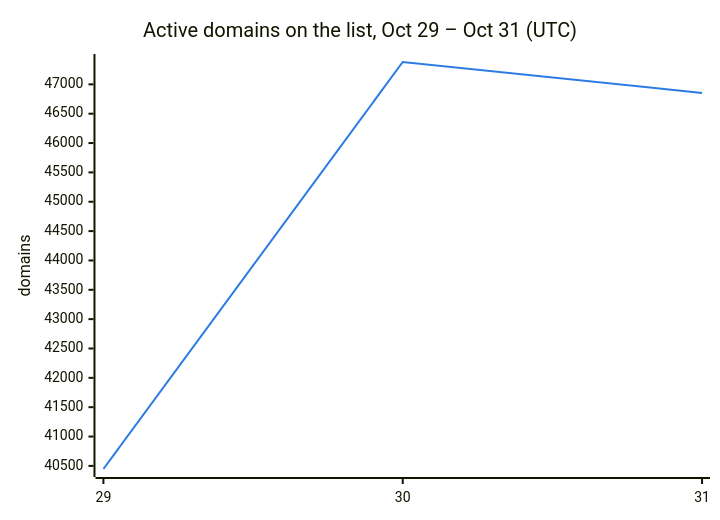
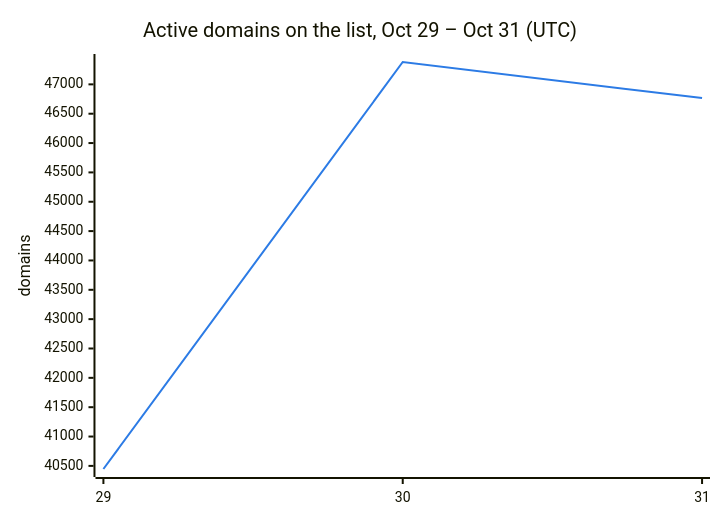
The second of 3 diagrams in README.md (DNSBunker/CTI), drawn with Mermaid before and after one commit. The commit also changed other lines of this file and 3 other files, not shown here.

````diff
--- a/README.md
+++ b/README.md
@@ -38,8 +38,8 @@
 ```mermaid
 %%{init: {"themeVariables": {"xyChart": {"plotColorPalette": "#2c7be5"}}}}%%
 xychart-beta
     title "Active domains on the list, Oct 29 – Oct 31 (UTC)"
     x-axis ["29", "30", "31"]
     y-axis "domains"
-    line [40447, 47381, 46853]
+    line [40447, 47381, 46766]
 ```
````
